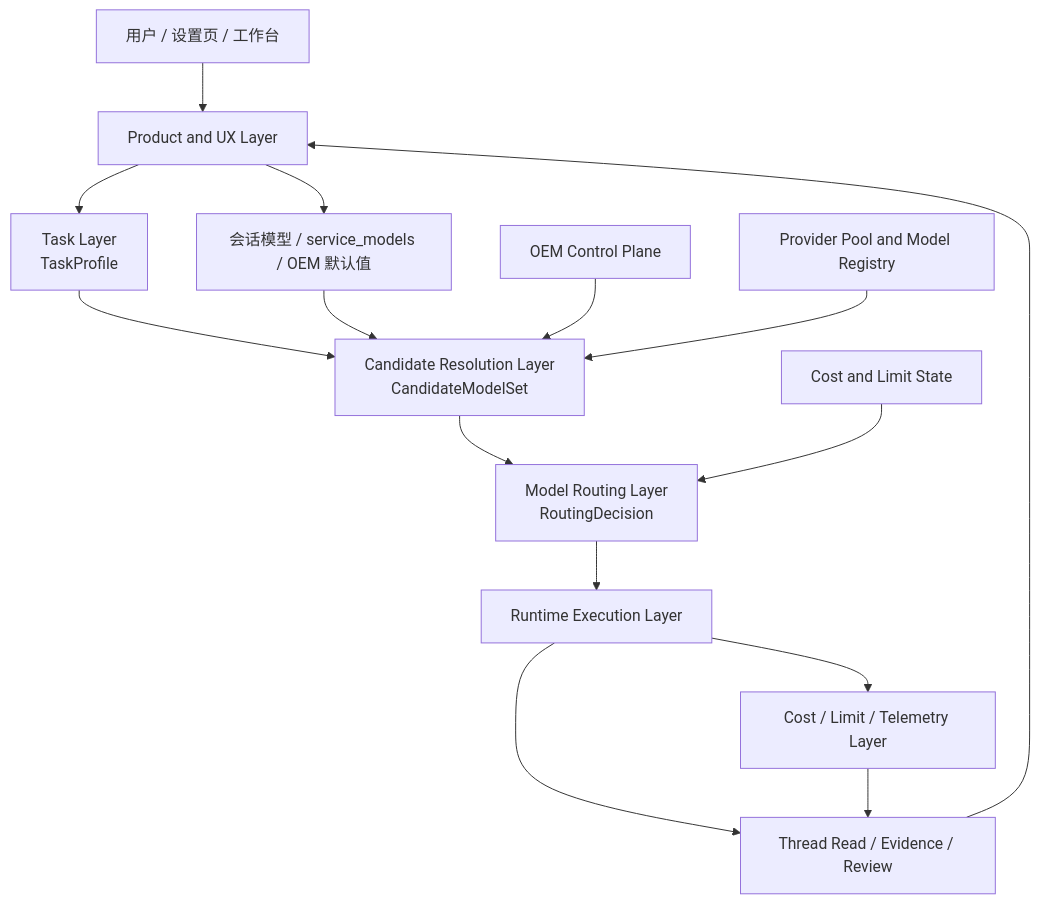
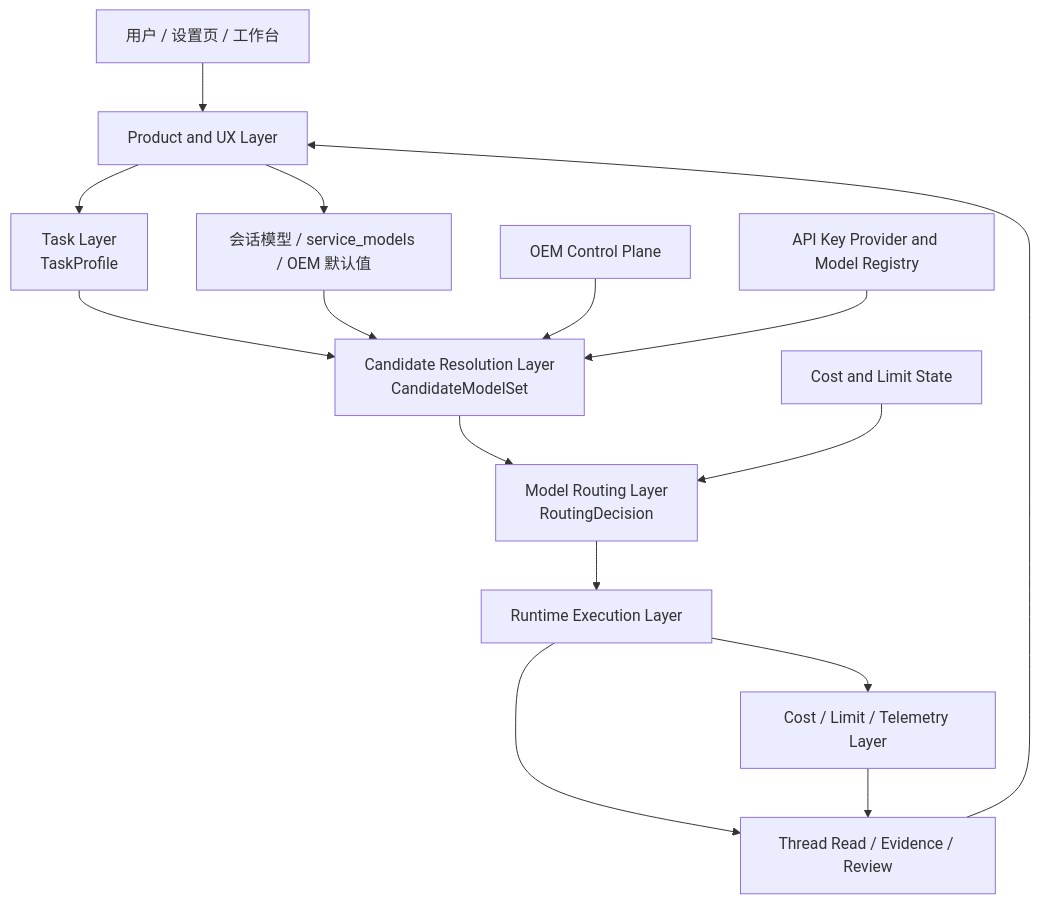
Before and after one commit to limecloud/lime: the first of 9 diagrams in docs/roadmap/task/diagrams.md, drawn with Mermaid. The commit also changed other lines of this file and 242 other files, not shown here.

````diff
--- a/docs/roadmap/task/diagrams.md
+++ b/docs/roadmap/task/diagrams.md
@@ -15,21 +15,21 @@
 ```mermaid
 flowchart TB
     User[用户 / 设置页 / 工作台] --> UX[Product and UX Layer]
     UX --> Task[Task Layer<br/>TaskProfile]
     UX --> Settings[会话模型 / service_models / OEM 默认值]
 
     Task --> Candidate[Candidate Resolution Layer<br/>CandidateModelSet]
     Settings --> Candidate
     OEM[OEM Control Plane] --> Candidate
-    Pool[Provider Pool and Model Registry] --> Candidate
+    Providers[API Key Provider and Model Registry] --> Candidate
 
     Candidate --> Router[Model Routing Layer<br/>RoutingDecision]
     Limits[Cost and Limit State] --> Router
 
     Router --> Runtime[Runtime Execution Layer]
     Runtime --> Telemetry[Cost / Limit / Telemetry Layer]
     Runtime --> Thread[Thread Read / Evidence / Review]
     Telemetry --> Thread
 
     Thread --> UX
 ```
````
